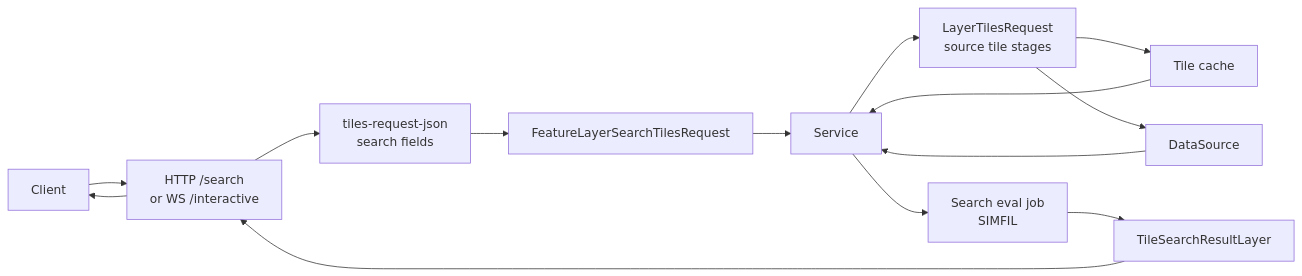
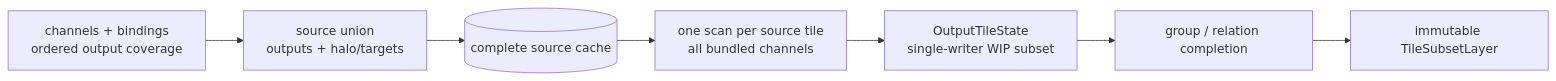
Before and after one commit to ndsev/mapget: the diagram in docs/mapget-dev-guide.md, drawn with Mermaid. The commit also changed other lines of this file and 97 other files, not shown here.

````diff
--- a/docs/mapget-dev-guide.md
+++ b/docs/mapget-dev-guide.md
@@ -258,27 +111,12 @@
 ```mermaid
 flowchart LR
-  Client[Client]
-  Transport[HTTP /search<br/>or WS /interactive]
-  Parser[tiles-request-json<br/>search fields]
-  SearchReq[FeatureLayerSearchTilesRequest]
-  Service[Service]
-  ChildReq[LayerTilesRequest<br/>source tile stages]
-  Cache[Tile cache]
-  Ds[DataSource]
-  Eval[Search eval job<br/>SIMFIL]
-  Result[TileSearchResultLayer]
+  Definition["channels + bindings<br/>ordered output coverage"]
+  Union["source union<br/>outputs + halo/targets"]
+  Cache[(complete source cache)]
+  Scan["one scan per source tile<br/>all bundled channels"]
+  Output["OutputTileState<br/>single-writer WIP subset"]
+  Complete["group / relation completion"]
+  Result["immutable TileSubsetLayer"]
 
-  Client --> Transport
-  Transport --> Parser
-  Parser --> SearchReq
-  SearchReq --> Service
-  Service --> ChildReq
-  ChildReq --> Cache
-  ChildReq --> Ds
-  Cache --> Service
-  Ds --> Service
-  Service --> Eval
-  Eval --> Result
-  Result --> Transport
-  Transport --> Client
+  Definition --> Union --> Cache --> Scan --> Output --> Complete --> Result
 ```
````
